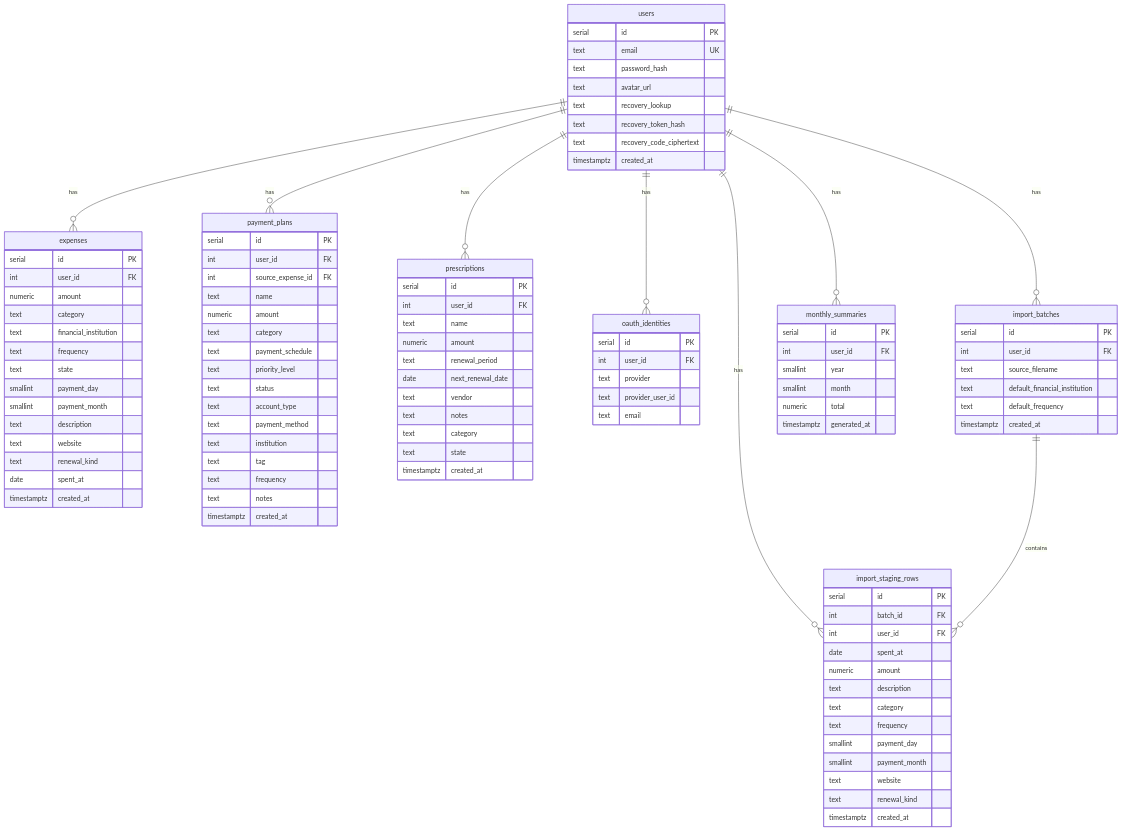
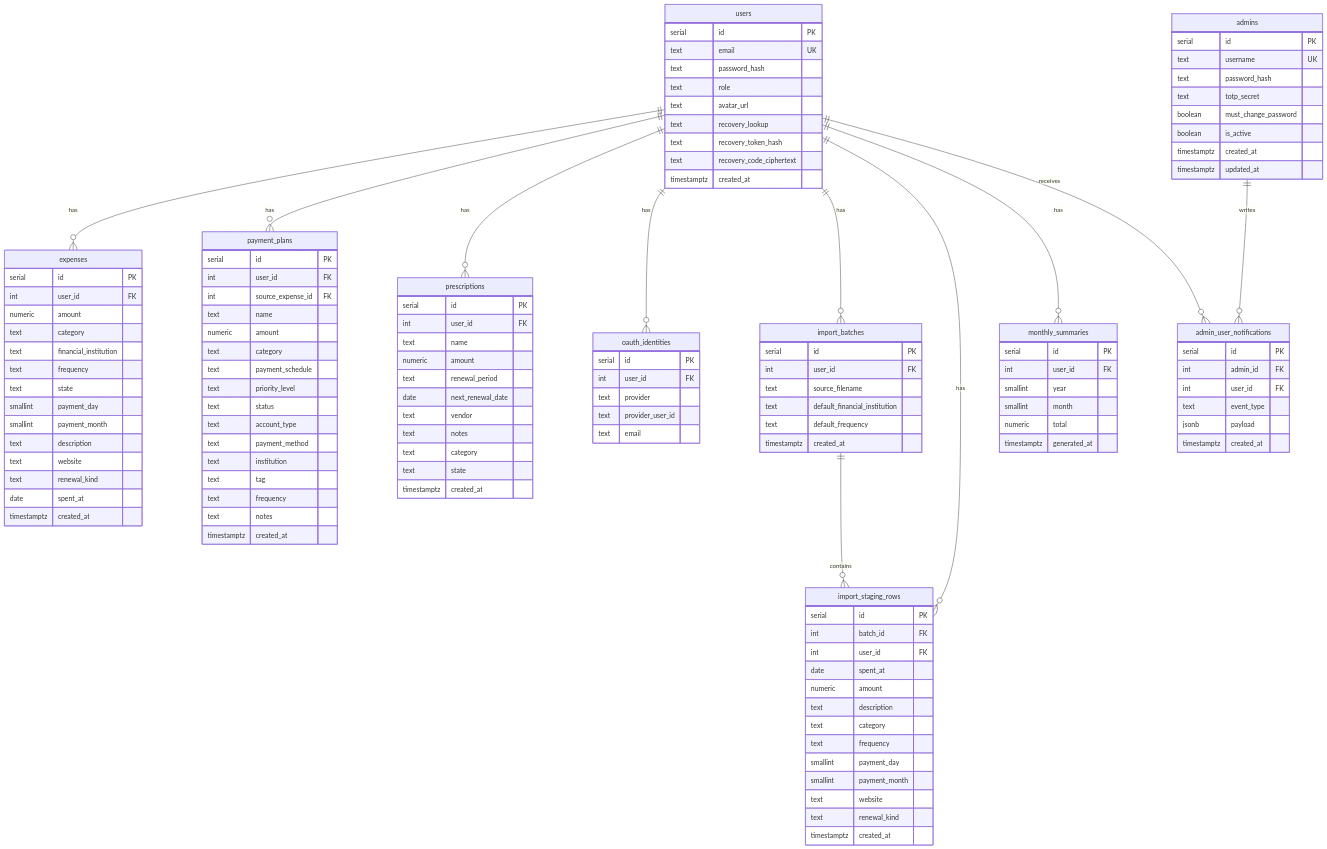
One commit to becomeonewiththecode/expense_tracker changed diagram 14 of 19 in docs/ARCHITECTURE_DIAGRAM.md. Above: the diagram before and after it, drawn with Mermaid. The commit also changed other lines of this file and 14 other files, not shown here.

```diff
--- a/docs/ARCHITECTURE_DIAGRAM.md
+++ b/docs/ARCHITECTURE_DIAGRAM.md
@@ -467,15 +476,38 @@
   users ||--o{ import_staging_rows : has
   users ||--o{ monthly_summaries : has
   import_batches ||--o{ import_staging_rows : contains
+  admins ||--o{ admin_user_notifications : writes
+  users ||--o{ admin_user_notifications : receives
 
   users {
     serial id PK
     text email UK
     text password_hash
+    text role
     text avatar_url
     text recovery_lookup
     text recovery_token_hash
     text recovery_code_ciphertext
+    timestamptz created_at
+  }
+
+  admins {
+    serial id PK
+    text username UK
+    text password_hash
+    text totp_secret
+    boolean must_change_password
+    boolean is_active
+    timestamptz created_at
+    timestamptz updated_at
+  }
+
+  admin_user_notifications {
+    serial id PK
+    int admin_id FK
+    int user_id FK
+    text event_type
+    jsonb payload
     timestamptz created_at
   }
 
```
